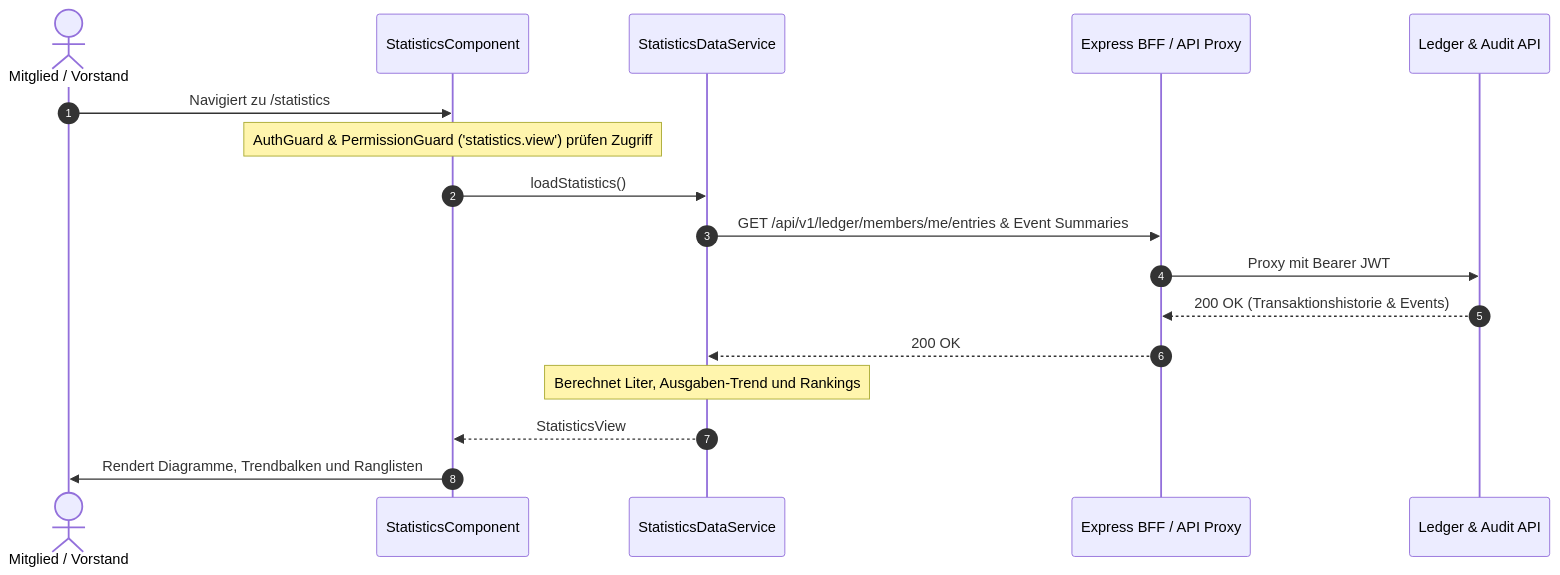
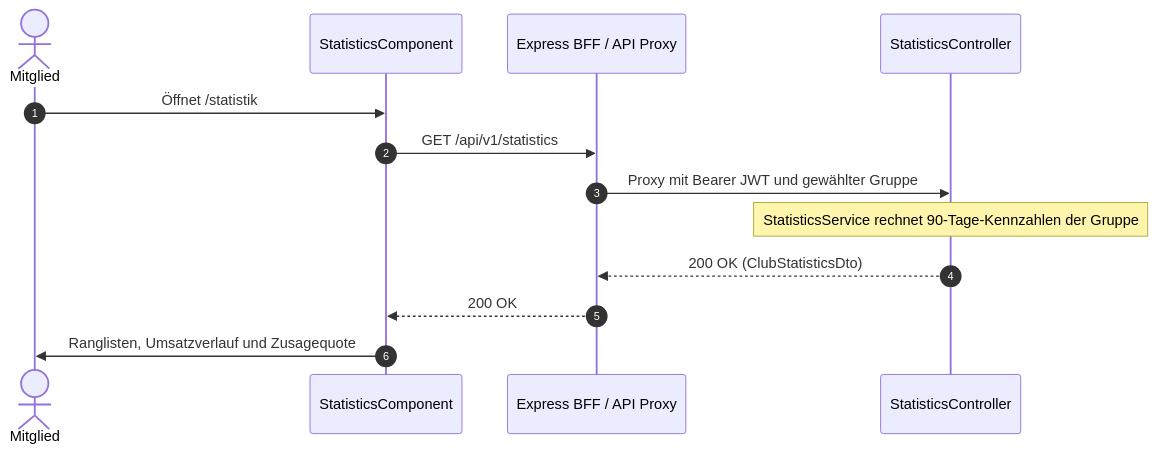
Before and after one commit to damaurer/vereint: the diagram in docs/domains/statistics-and-analytics.md, drawn with Mermaid. The commit also changed other lines of this file and 20 other files, not shown here.

````diff
--- a/docs/domains/statistics-and-analytics.md
+++ b/docs/domains/statistics-and-analytics.md
@@ -74,20 +61,16 @@
 ```mermaid
 sequenceDiagram
     autonumber
-    actor User as Mitglied / Vorstand
+    actor User as Mitglied
     participant UI as StatisticsComponent
-    participant Service as StatisticsDataService
     participant BFF as Express BFF / API Proxy
-    participant Spring as Ledger & Audit API
+    participant Spring as StatisticsController
 
-    User->>UI: Navigiert zu /statistics
-    Note over UI: AuthGuard & PermissionGuard ('statistics.view') prüfen Zugriff
-    UI->>Service: loadStatistics()
-    Service->>BFF: GET /api/v1/ledger/members/me/entries & Event Summaries
-    BFF->>Spring: Proxy mit Bearer JWT
-    Spring-->>BFF: 200 OK (Transaktionshistorie & Events)
-    BFF-->>Service: 200 OK
-    Note over Service: Berechnet Liter, Ausgaben-Trend und Rankings
-    Service-->>UI: StatisticsView
-    UI->>User: Rendert Diagramme, Trendbalken und Ranglisten
+    User->>UI: Öffnet /statistik
+    UI->>BFF: GET /api/v1/statistics
+    BFF->>Spring: Proxy mit Bearer JWT und gewählter Gruppe
+    Note over Spring: StatisticsService rechnet 90-Tage-Kennzahlen der Gruppe
+    Spring-->>BFF: 200 OK (ClubStatisticsDto)
+    BFF-->>UI: 200 OK
+    UI->>User: Ranglisten, Umsatzverlauf und Zusagequote
 ```
````
